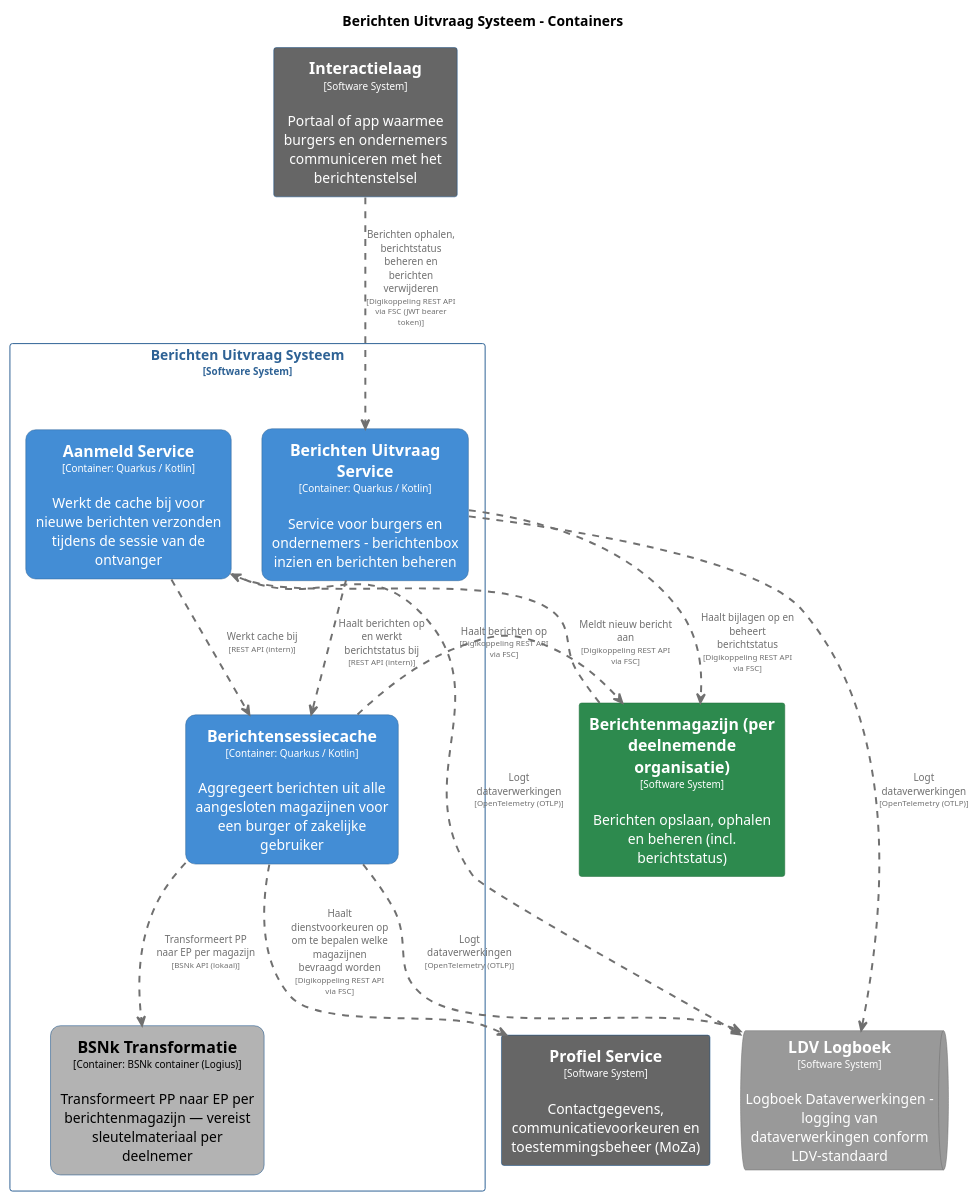
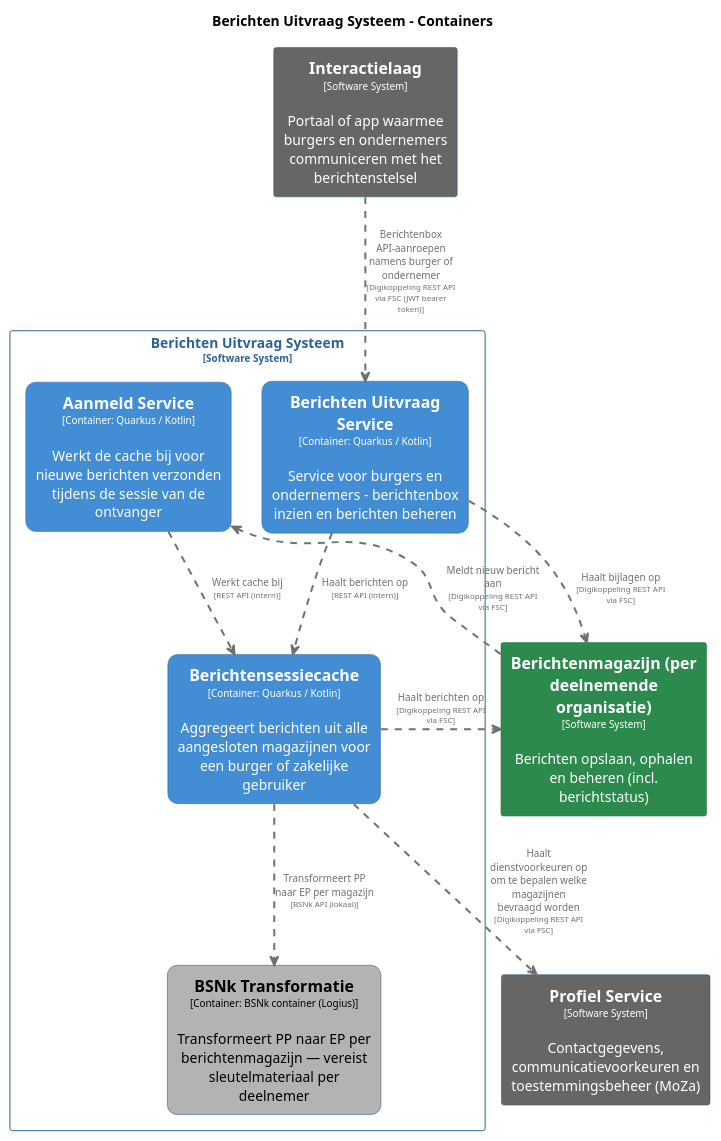
One commit to MinBZK/moza-poc-fbs-berichtenbox changed the diagram in pr-preview/pr-22/master/puml/BerichtenUitvraagSysteemContainers.puml. Above: the diagram before and after it, drawn with PlantUML. The commit also changed 53 other files, not shown here.

```diff
--- a/pr-preview/pr-22/master/puml/BerichtenUitvraagSysteemContainers.puml
+++ b/pr-preview/pr-22/master/puml/BerichtenUitvraagSysteemContainers.puml
@@ -1,99 +1,89 @@
 @startuml
 set separator none
 title Berichten Uitvraag Systeem - Containers
 
 top to bottom direction
 skinparam ranksep 60
 skinparam nodesep 30
 
 skinparam {
   arrowFontSize 10
   defaultTextAlignment center
   wrapWidth 200
   maxMessageSize 100
 }
 
 hide stereotype
 
 skinparam rectangle<<BerichtenUitvraagSysteem.AanmeldService>> {
   BackgroundColor #438dd5
   FontColor #ffffff
   BorderColor #2e6295
   roundCorner 20
   shadowing false
 }
 skinparam rectangle<<BerichtenUitvraagSysteem.BSNkTransformatie>> {
   BackgroundColor #b3b3b3
   FontColor #000000
   BorderColor #0b4884
   roundCorner 20
   shadowing false
 }
 skinparam rectangle<<BerichtenUitvraagSysteem.BerichtenUitvraagService>> {
   BackgroundColor #438dd5
   FontColor #ffffff
   BorderColor #2e6295
   roundCorner 20
   shadowing false
 }
 skinparam rectangle<<Berichtenmagazijnperdeelnemendeorganisatie>> {
   BackgroundColor #2d8a4e
   FontColor #ffffff
   BorderColor #1e6b38
   shadowing false
 }
 skinparam rectangle<<BerichtenUitvraagSysteem.Berichtensessiecache>> {
   BackgroundColor #438dd5
   FontColor #ffffff
   BorderColor #2e6295
   roundCorner 20
   shadowing false
 }
 skinparam rectangle<<Interactielaag>> {
   BackgroundColor #666666
   FontColor #ffffff
   BorderColor #0b4884
   shadowing false
 }
-skinparam queue<<LDVLogboek>> {
-  BackgroundColor #999999
-  FontColor #ffffff
-  BorderColor #6b6b6b
-  shadowing false
-}
 skinparam rectangle<<ProfielService>> {
   BackgroundColor #666666
   FontColor #ffffff
   BorderColor #0b4884
   shadowing false
 }
 skinparam rectangle<<BerichtenUitvraagSysteem>> {
   BorderColor #2e6295
   FontColor #2e6295
   shadowing false
 }
 
 rectangle "==Profiel Service\n<size:10>[Software System]</size>\n\nContactgegevens, communicatievoorkeuren en toestemmingsbeheer (MoZa)" <<ProfielService>> as ProfielService
 rectangle "==Interactielaag\n<size:10>[Software System]</size>\n\nPortaal of app waarmee burgers en ondernemers communiceren met het berichtenstelsel" <<Interactielaag>> as Interactielaag
 rectangle "==Berichtenmagazijn (per deelnemende organisatie)\n<size:10>[Software System]</size>\n\nBerichten opslaan, ophalen en beheren (incl. berichtstatus)" <<Berichtenmagazijnperdeelnemendeorganisatie>> as Berichtenmagazijnperdeelnemendeorganisatie
-queue "==LDV Logboek\n<size:10>[Software System]</size>\n\nLogboek Dataverwerkingen - logging van dataverwerkingen conform LDV-standaard" <<LDVLogboek>> as LDVLogboek
 
 rectangle "Berichten Uitvraag Systeem\n<size:10>[Software System]</size>" <<BerichtenUitvraagSysteem>> {
   rectangle "==Berichtensessiecache\n<size:10>[Container: Quarkus / Kotlin]</size>\n\nAggregeert berichten uit alle aangesloten magazijnen voor een burger of zakelijke gebruiker" <<BerichtenUitvraagSysteem.Berichtensessiecache>> as BerichtenUitvraagSysteem.Berichtensessiecache
   rectangle "==Berichten Uitvraag Service\n<size:10>[Container: Quarkus / Kotlin]</size>\n\nService voor burgers en ondernemers - berichtenbox inzien en berichten beheren" <<BerichtenUitvraagSysteem.BerichtenUitvraagService>> as BerichtenUitvraagSysteem.BerichtenUitvraagService
   rectangle "==BSNk Transformatie\n<size:10>[Container: BSNk container (Logius)]</size>\n\nTransformeert PP naar EP per berichtenmagazijn — vereist sleutelmateriaal per deelnemer" <<BerichtenUitvraagSysteem.BSNkTransformatie>> as BerichtenUitvraagSysteem.BSNkTransformatie
   rectangle "==Aanmeld Service\n<size:10>[Container: Quarkus / Kotlin]</size>\n\nWerkt de cache bij voor nieuwe berichten verzonden tijdens de sessie van de ontvanger" <<BerichtenUitvraagSysteem.AanmeldService>> as BerichtenUitvraagSysteem.AanmeldService
 }
 
+Berichtenmagazijnperdeelnemendeorganisatie .[#707070,thickness=2].> BerichtenUitvraagSysteem.AanmeldService : "<color:#707070>Meldt nieuw bericht aan\n<color:#707070><size:8>[Digikoppeling REST API via FSC]</size>"
 BerichtenUitvraagSysteem.Berichtensessiecache .[#707070,thickness=2].> ProfielService : "<color:#707070>Haalt dienstvoorkeuren op om te bepalen welke magazijnen bevraagd worden\n<color:#707070><size:8>[Digikoppeling REST API via FSC]</size>"
 BerichtenUitvraagSysteem.Berichtensessiecache .[#707070,thickness=2].> Berichtenmagazijnperdeelnemendeorganisatie : "<color:#707070>Haalt berichten op\n<color:#707070><size:8>[Digikoppeling REST API via FSC]</size>"
-BerichtenUitvraagSysteem.Berichtensessiecache .[#707070,thickness=2].> LDVLogboek : "<color:#707070>Logt dataverwerkingen\n<color:#707070><size:8>[OpenTelemetry (OTLP)]</size>"
-BerichtenUitvraagSysteem.BerichtenUitvraagService .[#707070,thickness=2].> LDVLogboek : "<color:#707070>Logt dataverwerkingen\n<color:#707070><size:8>[OpenTelemetry (OTLP)]</size>"
-BerichtenUitvraagSysteem.AanmeldService .[#707070,thickness=2].> LDVLogboek : "<color:#707070>Logt dataverwerkingen\n<color:#707070><size:8>[OpenTelemetry (OTLP)]</size>"
 BerichtenUitvraagSysteem.Berichtensessiecache .[#707070,thickness=2].> BerichtenUitvraagSysteem.BSNkTransformatie : "<color:#707070>Transformeert PP naar EP per magazijn\n<color:#707070><size:8>[BSNk API (lokaal)]</size>"
 BerichtenUitvraagSysteem.AanmeldService .[#707070,thickness=2].> BerichtenUitvraagSysteem.Berichtensessiecache : "<color:#707070>Werkt cache bij\n<color:#707070><size:8>[REST API (intern)]</size>"
-BerichtenUitvraagSysteem.BerichtenUitvraagService .[#707070,thickness=2].> BerichtenUitvraagSysteem.Berichtensessiecache : "<color:#707070>Haalt berichten op en werkt berichtstatus bij\n<color:#707070><size:8>[REST API (intern)]</size>"
-Interactielaag .[#707070,thickness=2].> BerichtenUitvraagSysteem.BerichtenUitvraagService : "<color:#707070>Berichten ophalen, berichtstatus beheren en berichten verwijderen\n<color:#707070><size:8>[Digikoppeling REST API via FSC (JWT bearer token)]</size>"
-BerichtenUitvraagSysteem.BerichtenUitvraagService .[#707070,thickness=2].> Berichtenmagazijnperdeelnemendeorganisatie : "<color:#707070>Haalt bijlagen op en beheert berichtstatus\n<color:#707070><size:8>[Digikoppeling REST API via FSC]</size>"
-Berichtenmagazijnperdeelnemendeorganisatie .[#707070,thickness=2].> BerichtenUitvraagSysteem.AanmeldService : "<color:#707070>Meldt nieuw bericht aan\n<color:#707070><size:8>[Digikoppeling REST API via FSC]</size>"
+BerichtenUitvraagSysteem.BerichtenUitvraagService .[#707070,thickness=2].> BerichtenUitvraagSysteem.Berichtensessiecache : "<color:#707070>Haalt berichten op\n<color:#707070><size:8>[REST API (intern)]</size>"
+Interactielaag .[#707070,thickness=2].> BerichtenUitvraagSysteem.BerichtenUitvraagService : "<color:#707070>Berichtenbox API-aanroepen namens burger of ondernemer\n<color:#707070><size:8>[Digikoppeling REST API via FSC (JWT bearer token)]</size>"
+BerichtenUitvraagSysteem.BerichtenUitvraagService .[#707070,thickness=2].> Berichtenmagazijnperdeelnemendeorganisatie : "<color:#707070>Haalt bijlagen op\n<color:#707070><size:8>[Digikoppeling REST API via FSC]</size>"
 @enduml
```
